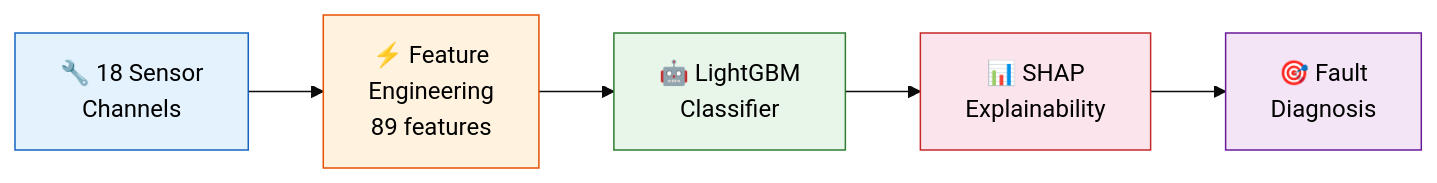
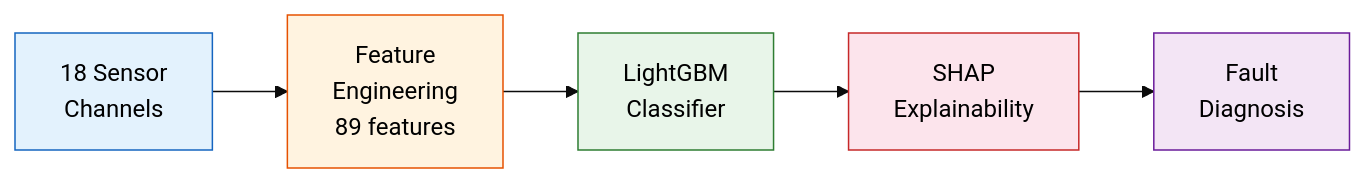
The first of 7 diagrams in README.md (MrNahadi/New-AIMS), drawn with Mermaid (base theme) before and after one commit. The commit also changed other lines of this file and 1 other file, not shown here.

````diff
--- a/README.md
+++ b/README.md
@@ -39,13 +39,13 @@
 ```mermaid
 flowchart LR
-    A["🔧 18 Sensor\nChannels"] --> B["⚡ Feature\nEngineering\n89 features"]
-    B --> C["🤖 LightGBM\nClassifier"]
-    C --> D["📊 SHAP\nExplainability"]
-    D --> E["🎯 Fault\nDiagnosis"]
+    A["18 Sensor\nChannels"] --> B["Feature\nEngineering\n89 features"]
+    B --> C["LightGBM\nClassifier"]
+    C --> D["SHAP\nExplainability"]
+    D --> E["Fault\nDiagnosis"]
 
     style A fill:#e3f2fd,stroke:#1565c0,color:#000
     style B fill:#fff3e0,stroke:#e65100,color:#000
     style C fill:#e8f5e9,stroke:#2e7d32,color:#000
     style D fill:#fce4ec,stroke:#c62828,color:#000
     style E fill:#f3e5f5,stroke:#6a1b9a,color:#000
 ```
````
